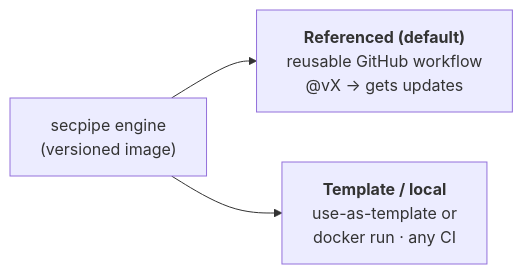
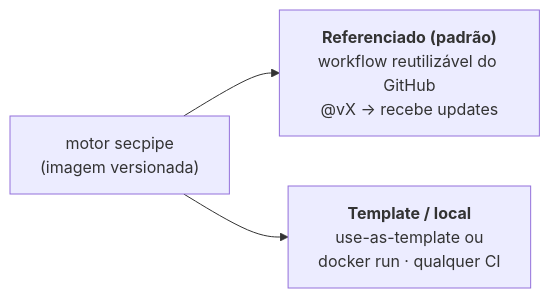
One commit to pablodlz/secpipe-ai changed the fourth of 5 diagrams in README.md. Above: the diagram before and after it, drawn with Mermaid. The commit also changed other lines of this file, not shown here.

````diff
--- a/README.md
+++ b/README.md
@@ -305,6 +310,6 @@
 ```mermaid
 flowchart LR
-    ENG["secpipe engine<br/>(versioned image)"]
-    ENG --> A["<b>Referenced (default)</b><br/>reusable GitHub workflow<br/>@vX → gets updates"]
-    ENG --> B["<b>Template / local</b><br/>use-as-template or<br/>docker run · any CI"]
+    ENG["motor secpipe<br/>(imagem versionada)"]
+    ENG --> A["<b>Referenciado (padrão)</b><br/>workflow reutilizável do GitHub<br/>@vX → recebe updates"]
+    ENG --> B["<b>Template / local</b><br/>use-as-template ou<br/>docker run · qualquer CI"]
 ```
````
